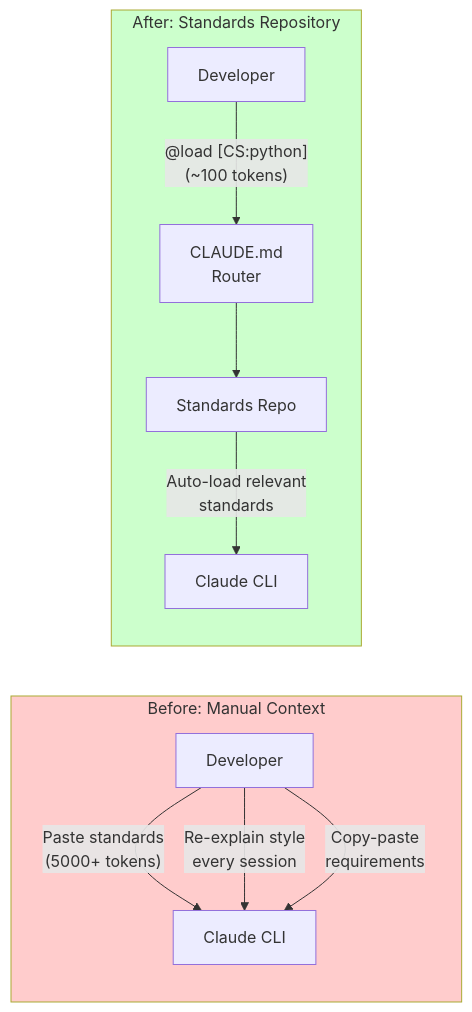
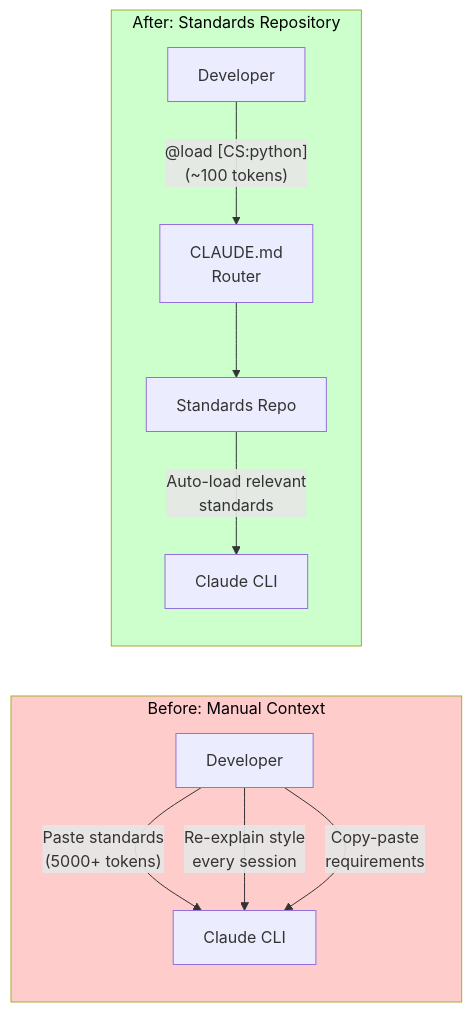
The first of 4 diagrams in src/posts/2025-07-22-supercharging-claude-cli-with-standards.md (williamzujkowski/williamzujkowski.github.io), drawn with Mermaid before and after one commit. The commit also changed 40 other files, not shown here.

First line of the commit message:
fix(blog): add explicit text color to all mermaid classDef/style (#171)

````diff
--- a/src/posts/2025-07-22-supercharging-claude-cli-with-standards.md
+++ b/src/posts/2025-07-22-supercharging-claude-cli-with-standards.md
@@ -40,17 +40,17 @@
 ```mermaid
 flowchart LR
     subgraph Before["Before: Manual Context"]
         U1["Developer"] -- "Paste standards\n(5000+ tokens)" --> C1["Claude CLI"]
         U1 -- "Re-explain style\nevery session" --> C1
         U1 -- "Copy-paste\nrequirements" --> C1
     end
 
     subgraph After["After: Standards Repository"]
         U2["Developer"] -- "@load [CS:python]\n(~100 tokens)" --> CLAUDE_MD["CLAUDE.md<br/>Router"]
         CLAUDE_MD --> STD["Standards Repo"]
         STD -- "Auto-load relevant\nstandards" --> C2["Claude CLI"]
     end
 
-    style Before fill:#ffcccc
-    style After fill:#ccffcc
+    style Before fill:#ffcccc,color:#000
+    style After fill:#ccffcc,color:#000
 ```
````
